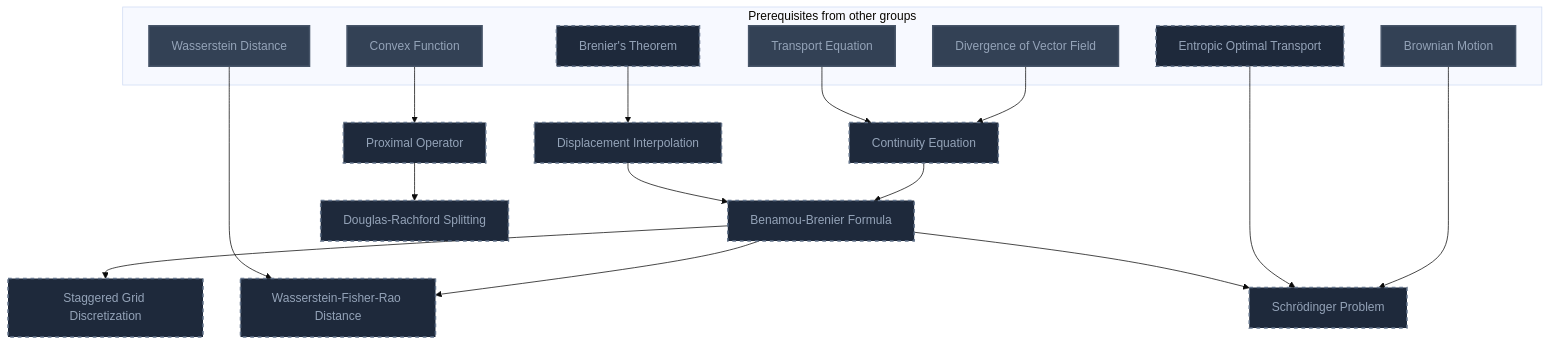
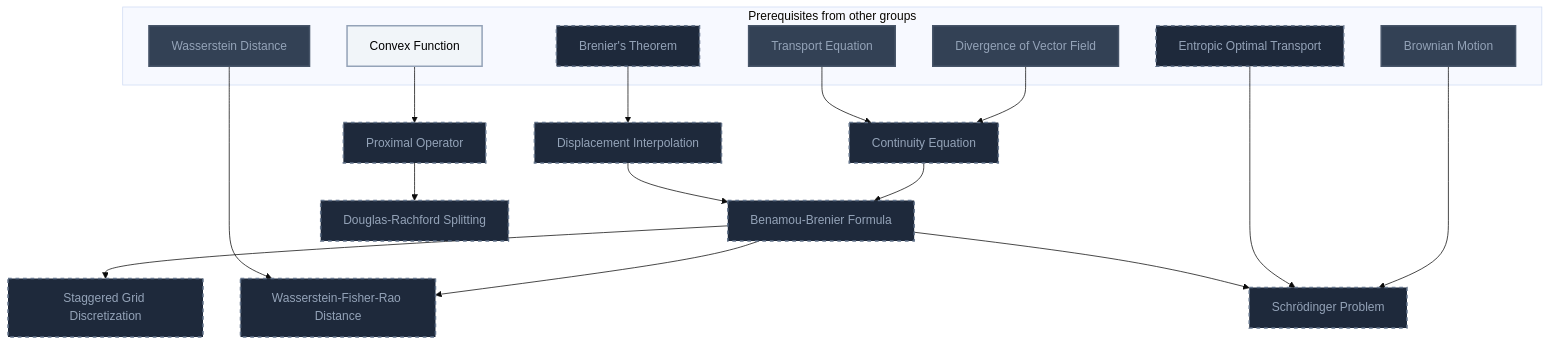
One commit to MRauf1/My-Notes changed the sixth of 9 diagrams in Gamification/Skill Trees/Optimal Transport.md. Above: the diagram before and after it, drawn with Mermaid (base theme). The commit also changed other lines of this file and 156 other files, not shown here.

````diff
--- a/Gamification/Skill Trees/Optimal Transport.md
+++ b/Gamification/Skill Trees/Optimal Transport.md
@@ -266,45 +267,46 @@
 ```mermaid
 flowchart TD
     classDef planned fill:#1E293B,stroke:#64748B,stroke-width:2px,stroke-dasharray:5 5,color:#94A3B8;
     classDef locked fill:#334155,stroke:#475569,stroke-width:2px,color:#94A3B8;
     classDef L0 fill:#F1F5F9,stroke:#94A3B8,stroke-width:2px,color:#000000;
     classDef L1 fill:#22C55E,stroke:#15803D,stroke-width:2px,color:#000000;
     classDef L2 fill:#3B82F6,stroke:#1D4ED8,stroke-width:3px,color:#FFFFFF;
     classDef L3 fill:#A855F7,stroke:#6B21A8,stroke-width:3px,color:#FFFFFF,font-weight:bold;
     classDef L4 fill:#F97316,stroke:#C2410C,stroke-width:4px,color:#000000,font-weight:bold;
     classDef L5 fill:#FFD700,stroke:#FF8C00,stroke-width:5px,color:#000000,font-weight:bold;
     classDef rusty stroke:#8B4513,stroke-width:4px,stroke-dasharray:3 3;
     subgraph sg_prereqs["Prerequisites from other groups"]
         n_divergence_of_vector_field["Divergence of Vector Field"]
         n_transport_equation["Transport Equation"]
         n_brenier_s_theorem["Brenier's Theorem"]
         n_convex_function["Convex Function"]
         n_brownian_motion["Brownian Motion"]
         n_entropic_optimal_transport["Entropic Optimal Transport"]
         n_wasserstein_distance["Wasserstein Distance"]
     end
     n_continuity_equation["Continuity Equation"]
     n_displacement_interpolation["Displacement Interpolation"]
     n_benamou_brenier_formula["Benamou-Brenier Formula"]
     n_staggered_grid_discretization["Staggered Grid Discretization"]
     n_proximal_operator["Proximal Operator"]
     n_douglas_rachford_splitting["Douglas-Rachford Splitting"]
     n_wasserstein_fisher_rao_distance["Wasserstein-Fisher-Rao Distance"]
     n_schr_dinger_problem["Schrödinger Problem"]
     n_divergence_of_vector_field --> n_continuity_equation
     n_transport_equation --> n_continuity_equation
     n_brenier_s_theorem --> n_displacement_interpolation
     n_continuity_equation --> n_benamou_brenier_formula
     n_displacement_interpolation --> n_benamou_brenier_formula
     n_benamou_brenier_formula --> n_staggered_grid_discretization
     n_convex_function --> n_proximal_operator
     n_proximal_operator --> n_douglas_rachford_splitting
     n_benamou_brenier_formula --> n_wasserstein_fisher_rao_distance
     n_brownian_motion --> n_schr_dinger_problem
     n_entropic_optimal_transport --> n_schr_dinger_problem
     n_benamou_brenier_formula --> n_schr_dinger_problem
     n_wasserstein_distance --> n_wasserstein_fisher_rao_distance
     class n_brenier_s_theorem,n_entropic_optimal_transport,n_continuity_equation,n_displacement_interpolation,n_benamou_brenier_formula,n_staggered_grid_discretization,n_proximal_operator,n_douglas_rachford_splitting,n_wasserstein_fisher_rao_distance,n_schr_dinger_problem planned;
-    class n_divergence_of_vector_field,n_transport_equation,n_convex_function,n_brownian_motion,n_wasserstein_distance locked;
+    class n_divergence_of_vector_field,n_transport_equation,n_brownian_motion,n_wasserstein_distance locked;
+    class n_convex_function L0;
     class n_divergence_of_vector_field,n_transport_equation,n_convex_function,n_brownian_motion,n_wasserstein_distance internal-link;
 ```
````
